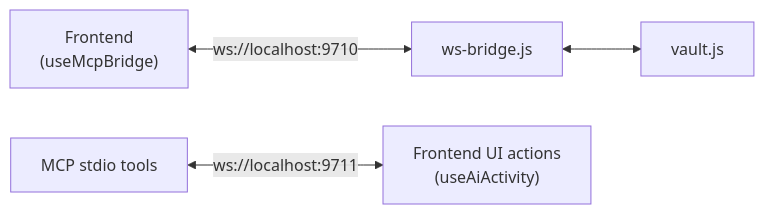
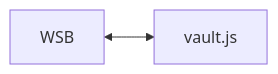
Before and after one commit to kohz87/Artemis: the fifth of 10 diagrams in docs/ARCHITECTURE.md, drawn with Mermaid. The commit also changed other lines of this file and 152 other files, not shown here.

````diff
--- a/docs/ARCHITECTURE.md
+++ b/docs/ARCHITECTURE.md
@@ -384,6 +359,4 @@
 ```mermaid
 flowchart LR
-    FE["Frontend\n(useMcpBridge)"] <-->|"ws://localhost:9710"| WSB["ws-bridge.js"]
     WSB <--> VAULT["vault.js"]
-    STDIO["MCP stdio tools"] <-->|"ws://localhost:9711"| FE2["Frontend UI actions\n(useAiActivity)"]
 ```
````
